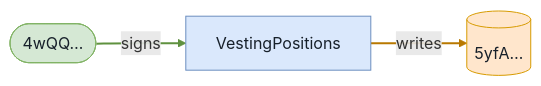
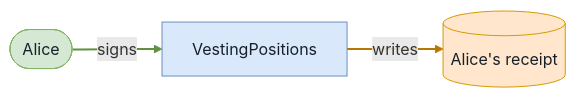
One commit to cds-turbin3/vesting-position changed the eighth of 9 diagrams in babelfish-tests/test-report/close_receipt_fails_while_campaign_active.md. Above: the diagram before and after it, drawn with Mermaid. The commit also changed other lines of this file and 104 other files, not shown here.

````diff
--- a/babelfish-tests/test-report/close_receipt_fails_while_campaign_active.md
+++ b/babelfish-tests/test-report/close_receipt_fails_while_campaign_active.md
@@ -390,13 +389,13 @@
 ```mermaid
 flowchart LR
     VestingPositions["VestingPositions"]:::program
-    n4wQQ(["4wQQ…"]):::signer
-    n5yfA[("5yfA…")]:::state
-    n4wQQ -->|signs| VestingPositions
-    VestingPositions -->|writes| n5yfA
+    Alice(["Alice"]):::signer
+    Alicesreceipt[("Alice's receipt")]:::state
+    Alice -->|signs| VestingPositions
+    VestingPositions -->|writes| Alicesreceipt
     classDef program fill:#dae8fc,stroke:#6c8ebf,color:#17202a;
     classDef signer fill:#d5e8d4,stroke:#82b366,color:#17202a;
     classDef state fill:#ffe6cc,stroke:#d79b00,color:#17202a;
     linkStyle 0 stroke:#5f913f,stroke-width:2px
     linkStyle 1 stroke:#b87800,stroke-width:2px
 ```
````
